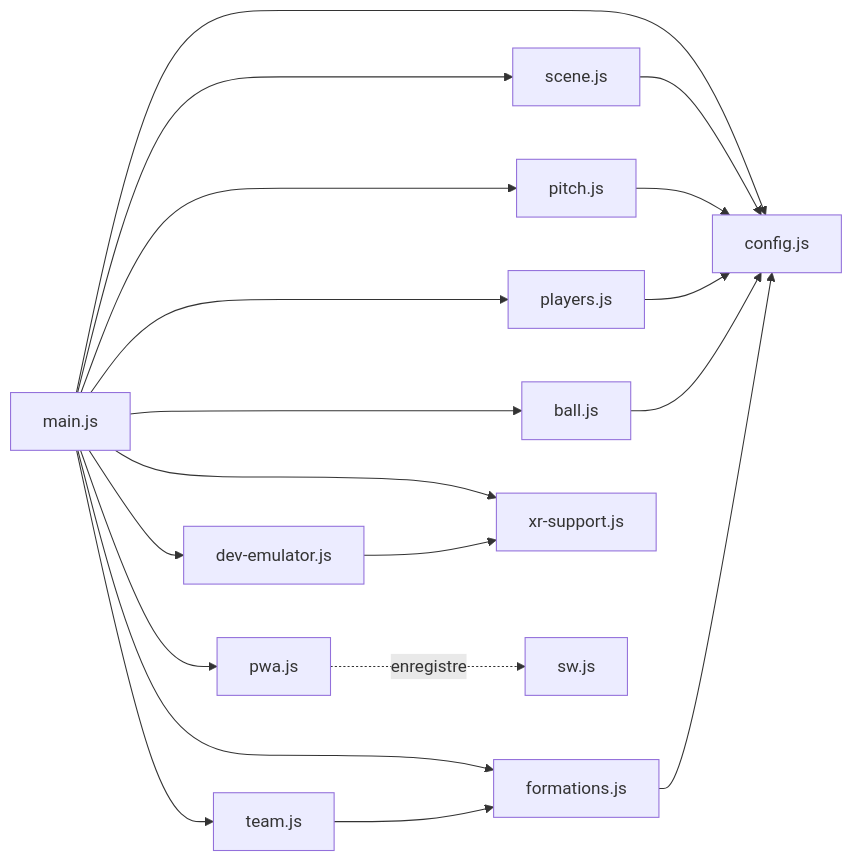
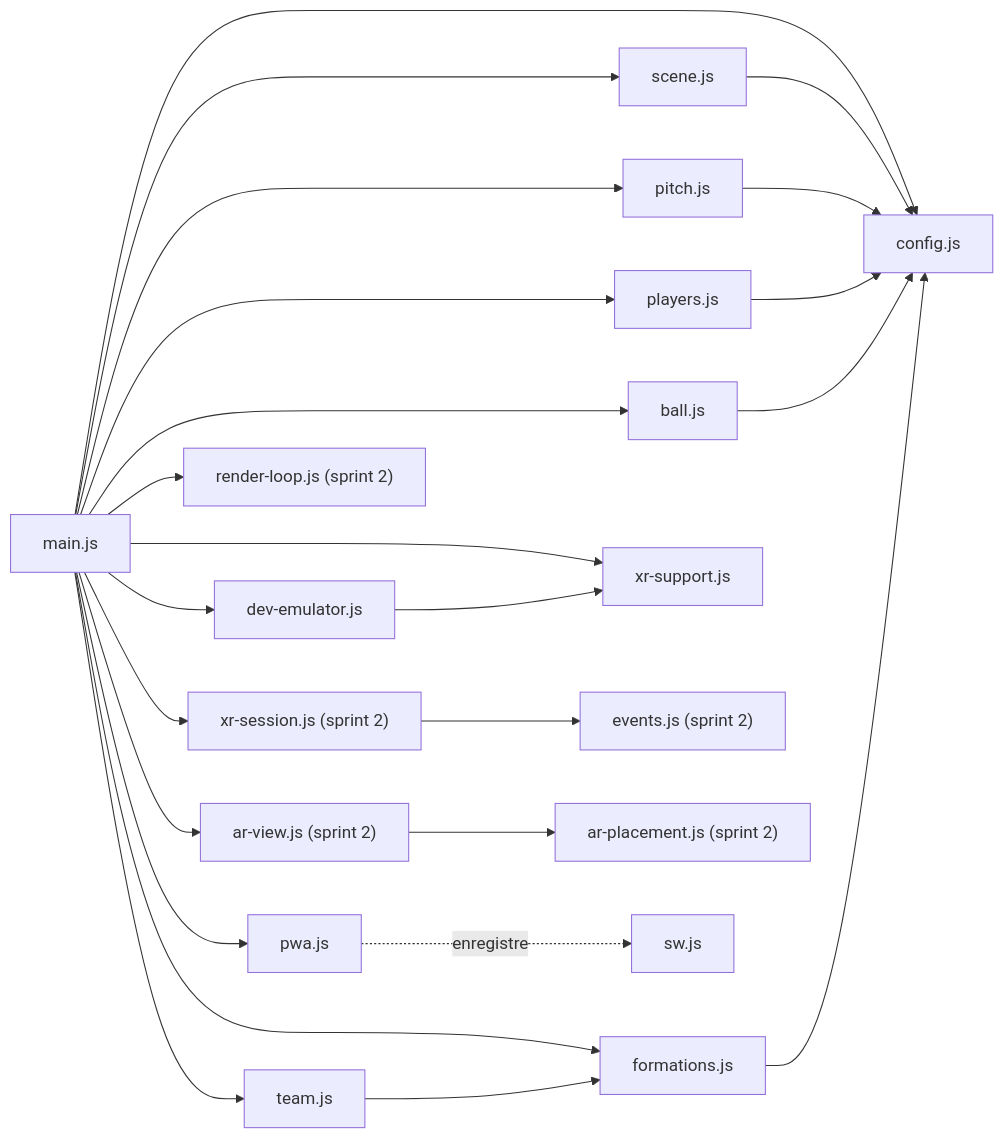
Before and after one commit to bilelkhlif/footballsimulator: the second of 4 diagrams in docs/guide-du-code.md, drawn with Mermaid. The commit also changed other lines of this file and 9 other files, not shown here.

````diff
--- a/docs/guide-du-code.md
+++ b/docs/guide-du-code.md
@@ -38,21 +41,26 @@
 ```mermaid
 flowchart LR
   main["main.js"] --> scene["scene.js"]
   main --> pitch["pitch.js"]
   main --> players["players.js"]
   main --> team["team.js"]
   main --> ball["ball.js"]
   main --> formations["formations.js"]
   main --> config["config.js"]
   main --> xr["xr-support.js"]
   main --> emu["dev-emulator.js"]
   main --> pwa["pwa.js"]
+  main --> session["xr-session.js (sprint 2)"]
+  main --> arview["ar-view.js (sprint 2)"]
+  main --> loop["render-loop.js (sprint 2)"]
+  session --> events["events.js (sprint 2)"]
+  arview --> placement["ar-placement.js (sprint 2)"]
   team --> formations
   emu --> xr
   scene --> config
   pitch --> config
   players --> config
   ball --> config
   formations --> config
   pwa -. enregistre .-> sw["sw.js"]
 ```
````
